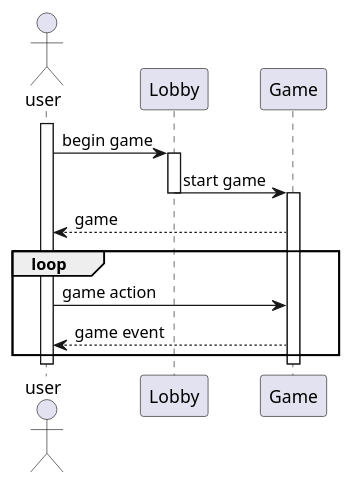
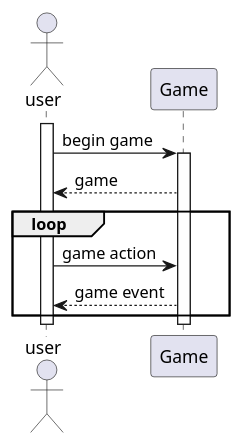
The diagram in doc/sequencediagrams/fr6.puml (PolyPong/PolyPong), drawn with PlantUML before and after one commit.

Commit message:
play game does not involve lobby

```diff
--- a/doc/sequencediagrams/fr6.puml
+++ b/doc/sequencediagrams/fr6.puml
@@ -1,18 +1,31 @@
 actor user
 
-participant Lobby as L
+'participant Lobby as L
 participant Game as G
+'activate user
+''
+''        user -> L: begin game
+''        activate L
+''                L -> G: start game
+''        deactivate L
+''        activate G
+''                G --> user: game
+''                loop
+''                        user -> G: game action
+''                        G --> user: game event
+''                end
+''                deactivate G
+'deactivate user
+
 activate user
 
-        user -> L: begin game
-        activate L
-                L -> G: start game
-        deactivate L
+        user -> G: begin game
         activate G
-                G --> user: game
+        G --> user: game
                 loop
                         user -> G: game action
                         G --> user: game event
                 end
+        activate G
                 deactivate G
 deactivate user
```
